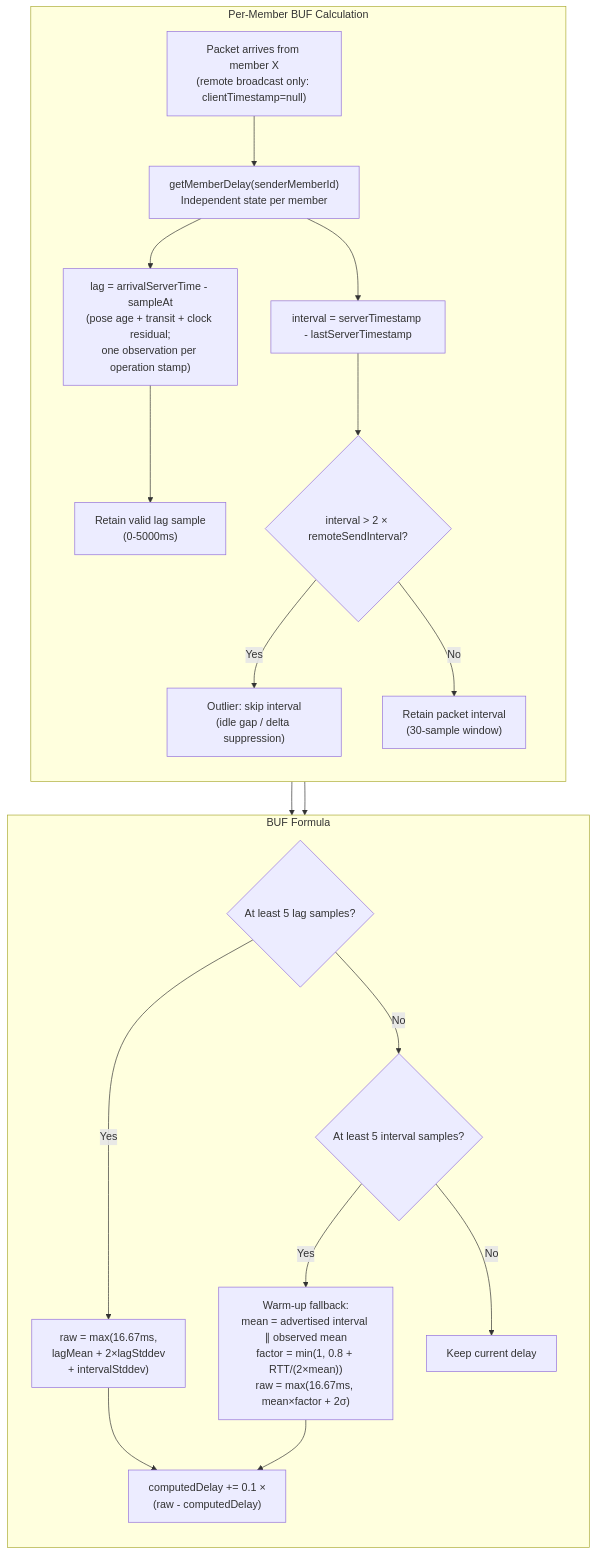
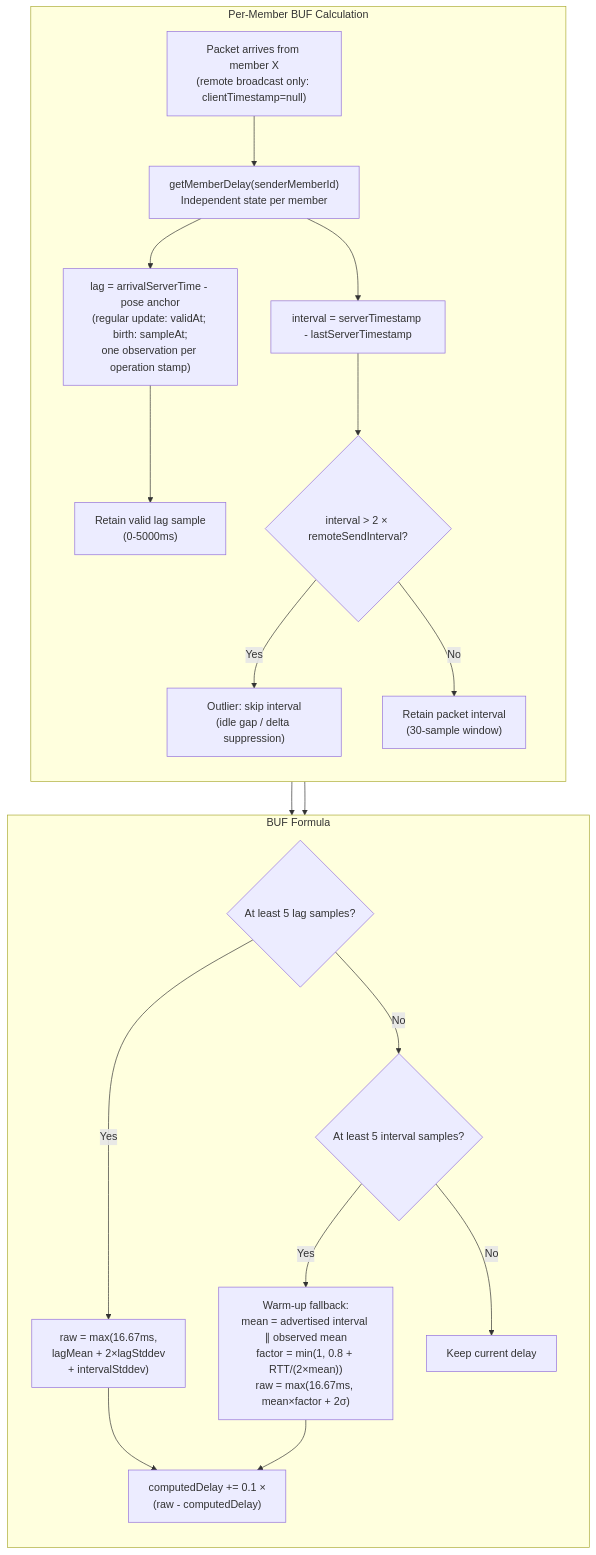
One commit to badvoidstar/astervoids changed diagram 23 of 36 in ARCHITECTURE.md. Above: the diagram before and after it, drawn with Mermaid. The commit also changed other lines of this file and 10 other files, not shown here.

````diff
--- a/ARCHITECTURE.md
+++ b/ARCHITECTURE.md
@@ -1048,41 +1049,41 @@
 ```mermaid
 flowchart TB
     subgraph "Per-Member BUF Calculation"
         direction TB
         PKT["Packet arrives from member X<br/>(remote broadcast only: clientTimestamp=null)"]
         MEM["getMemberDelay(senderMemberId)<br/>Independent state per member"]
-        LAG["lag = arrivalServerTime - sampleAt<br/>(pose age + transit + clock residual;<br/>one observation per operation stamp)"]
+        LAG["lag = arrivalServerTime - pose anchor<br/>(regular update: validAt; birth: sampleAt;<br/>one observation per operation stamp)"]
         LAGREC["Retain valid lag sample<br/>(0-5000ms)"]
         INT["interval = serverTimestamp - lastServerTimestamp"]
         OUT{"interval > 2 × remoteSendInterval?"}
         SKIP["Outlier: skip interval<br/>(idle gap / delta suppression)"]
         INTREC["Retain packet interval<br/>(30-sample window)"]
 
         PKT --> MEM
         MEM --> LAG
         LAG --> LAGREC
         MEM --> INT
         INT --> OUT
         OUT -->|Yes| SKIP
         OUT -->|No| INTREC
     end
 
     subgraph "BUF Formula"
         direction TB
         READY{"At least 5 lag samples?"}
         WARMREADY{"At least 5 interval samples?"}
         LAGCALC["raw = max(16.67ms,<br/>lagMean + 2×lagStddev<br/>+ intervalStddev)"]
         WARM["Warm-up fallback:<br/>mean = advertised interval ∥ observed mean<br/>factor = min(1, 0.8 + RTT/(2×mean))<br/>raw = max(16.67ms, mean×factor + 2σ)"]
         HOLD["Keep current delay"]
         EMA2["computedDelay += 0.1 ×<br/>(raw - computedDelay)"]
         READY -->|Yes| LAGCALC
         READY -->|No| WARMREADY
         WARMREADY -->|Yes| WARM
         WARMREADY -->|No| HOLD
         LAGCALC --> EMA2
         WARM --> EMA2
     end
 
     LAGREC --> READY
     INTREC --> READY
 ```
````
